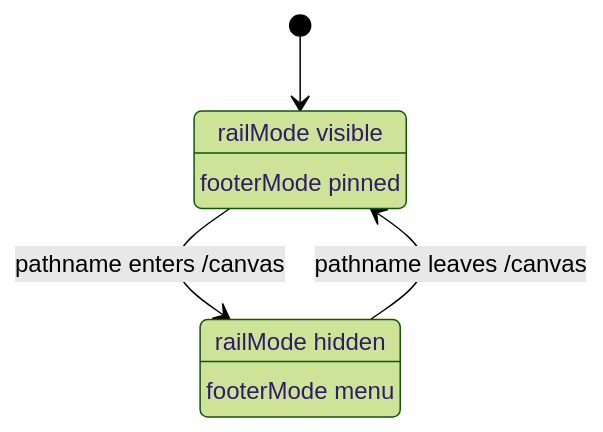
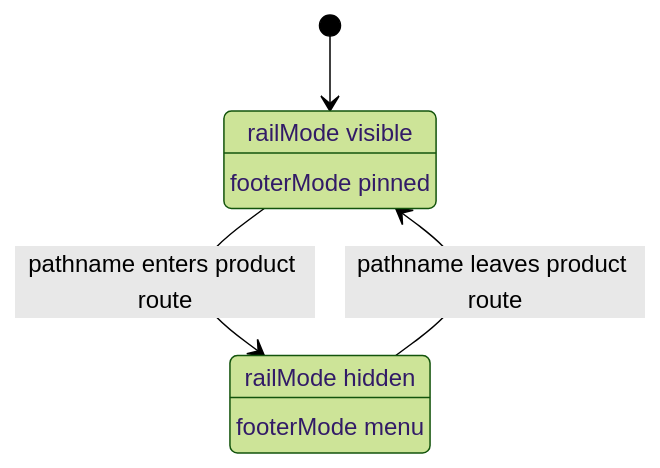
Before and after one commit to dunay2/dvt: the first of 2 diagrams in docs/architecture/components/web/shell-navigation-disposition-component.md, drawn with Mermaid (forest theme). The commit also changed other lines of this file and 17 other files, not shown here.

````diff
--- a/docs/architecture/components/web/shell-navigation-disposition-component.md
+++ b/docs/architecture/components/web/shell-navigation-disposition-component.md
@@ -47,11 +46,11 @@
 ```mermaid
 stateDiagram-v2
   [*] --> GlobalRoute
-  GlobalRoute --> WorkbenchRoute: pathname enters /canvas
-  WorkbenchRoute --> GlobalRoute: pathname leaves /canvas
+  GlobalRoute --> WorkbenchRoute: pathname enters product route
+  WorkbenchRoute --> GlobalRoute: pathname leaves product route
 
   GlobalRoute: railMode visible
   GlobalRoute: footerMode pinned
   WorkbenchRoute: railMode hidden
   WorkbenchRoute: footerMode menu
 ```
````
